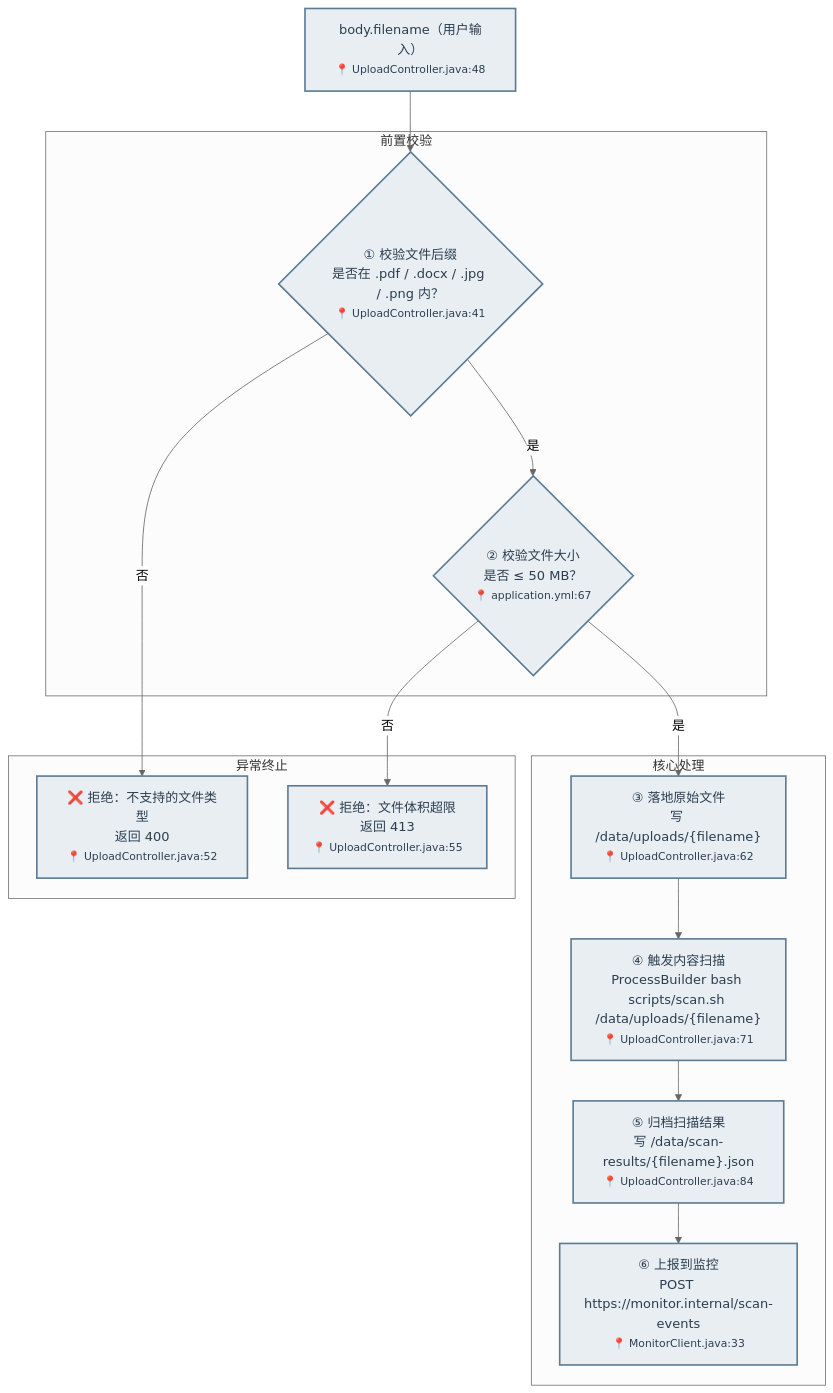
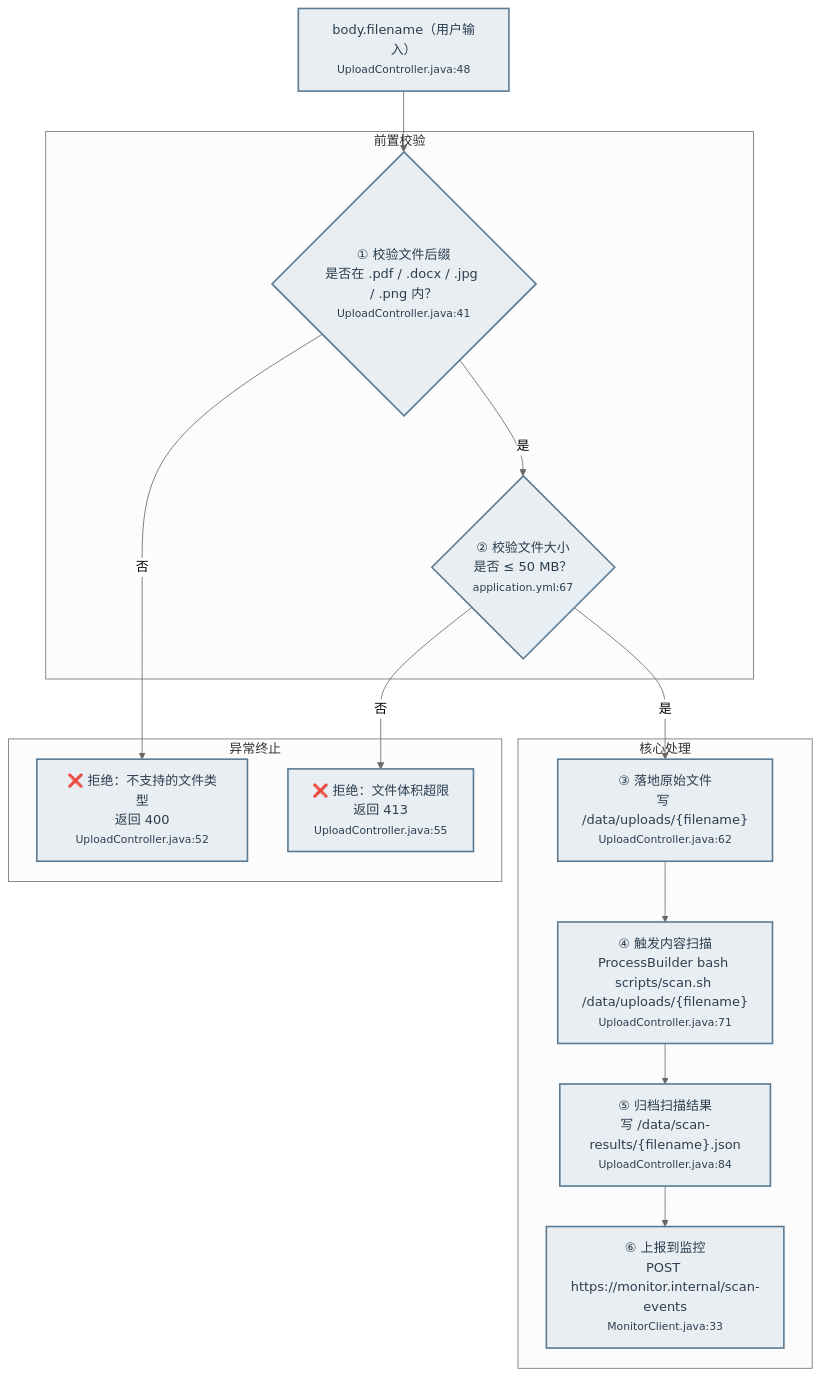
The diagram in templates/default.md (gcf0082/biz-flow-recon), drawn with Mermaid (neutral theme) before and after one commit. The commit also changed 1 other file, not shown here.

Commit message:
Drop 📍 emoji from flowchart node anchors
Per user direction the location-pin emoji is removed from every node
label in the upload flowchart and from the SKILL.md drawing-convention
sub-rule that introduced it. The file:line anchor still appears inside
each `<small>...</small>` tag — just without the leading 📍.

````diff
--- a/templates/default.md
+++ b/templates/default.md
@@ -24,39 +24,39 @@
 ```mermaid
 flowchart TD
-    IN["body.filename（用户输入）<br/><small>📍 UploadController.java:48</small>"] --> CHECK_EXT
+    IN["body.filename（用户输入）<br/><small>UploadController.java:48</small>"] --> CHECK_EXT
 
     subgraph 前置校验
-        CHECK_EXT{"① 校验文件后缀<br/>是否在 .pdf / .docx / .jpg / .png 内？<br/><small>📍 UploadController.java:41</small>"}
-        CHECK_SIZE{"② 校验文件大小<br/>是否 ≤ 50 MB？<br/><small>📍 application.yml:67</small>"}
+        CHECK_EXT{"① 校验文件后缀<br/>是否在 .pdf / .docx / .jpg / .png 内？<br/><small>UploadController.java:41</small>"}
+        CHECK_SIZE{"② 校验文件大小<br/>是否 ≤ 50 MB？<br/><small>application.yml:67</small>"}
     end
 
     subgraph 异常终止
-        REJECT_EXT["❌ 拒绝：不支持的文件类型<br/>返回 400<br/><small>📍 UploadController.java:52</small>"]
-        REJECT_SIZE["❌ 拒绝：文件体积超限<br/>返回 413<br/><small>📍 UploadController.java:55</small>"]
+        REJECT_EXT["❌ 拒绝：不支持的文件类型<br/>返回 400<br/><small>UploadController.java:52</small>"]
+        REJECT_SIZE["❌ 拒绝：文件体积超限<br/>返回 413<br/><small>UploadController.java:55</small>"]
     end
 
     subgraph 核心处理
-        WRITE["③ 落地原始文件<br/>写 /data/uploads/{filename}<br/><small>📍 UploadController.java:62</small>"]
-        SCAN["④ 触发内容扫描<br/>ProcessBuilder bash scripts/scan.sh /data/uploads/{filename}<br/><small>📍 UploadController.java:71</small>"]
-        ARCHIVE["⑤ 归档扫描结果<br/>写 /data/scan-results/{filename}.json<br/><small>📍 UploadController.java:84</small>"]
-        REPORT["⑥ 上报到监控<br/>POST https://monitor.internal/scan-events<br/><small>📍 MonitorClient.java:33</small>"]
+        WRITE["③ 落地原始文件<br/>写 /data/uploads/{filename}<br/><small>UploadController.java:62</small>"]
+        SCAN["④ 触发内容扫描<br/>ProcessBuilder bash scripts/scan.sh /data/uploads/{filename}<br/><small>UploadController.java:71</small>"]
+        ARCHIVE["⑤ 归档扫描结果<br/>写 /data/scan-results/{filename}.json<br/><small>UploadController.java:84</small>"]
+        REPORT["⑥ 上报到监控<br/>POST https://monitor.internal/scan-events<br/><small>MonitorClient.java:33</small>"]
     end
 
     CHECK_EXT -->|否| REJECT_EXT
     CHECK_EXT -->|是| CHECK_SIZE
     CHECK_SIZE -->|否| REJECT_SIZE
     CHECK_SIZE -->|是| WRITE
     WRITE --> SCAN
     SCAN --> ARCHIVE
     ARCHIVE --> REPORT
 
     style IN fill:#E8EEF2,stroke:#5B7B94,stroke-width:2px,color:#2C3E50
     style CHECK_EXT fill:#E8EEF2,stroke:#5B7B94,stroke-width:2px,color:#2C3E50
     style CHECK_SIZE fill:#E8EEF2,stroke:#5B7B94,stroke-width:2px,color:#2C3E50
     style REJECT_EXT fill:#E8EEF2,stroke:#5B7B94,stroke-width:2px,color:#2C3E50
     style REJECT_SIZE fill:#E8EEF2,stroke:#5B7B94,stroke-width:2px,color:#2C3E50
     style WRITE fill:#E8EEF2,stroke:#5B7B94,stroke-width:2px,color:#2C3E50
     style SCAN fill:#E8EEF2,stroke:#5B7B94,stroke-width:2px,color:#2C3E50
     style ARCHIVE fill:#E8EEF2,stroke:#5B7B94,stroke-width:2px,color:#2C3E50
     style REPORT fill:#E8EEF2,stroke:#5B7B94,stroke-width:2px,color:#2C3E50
 ```
````
